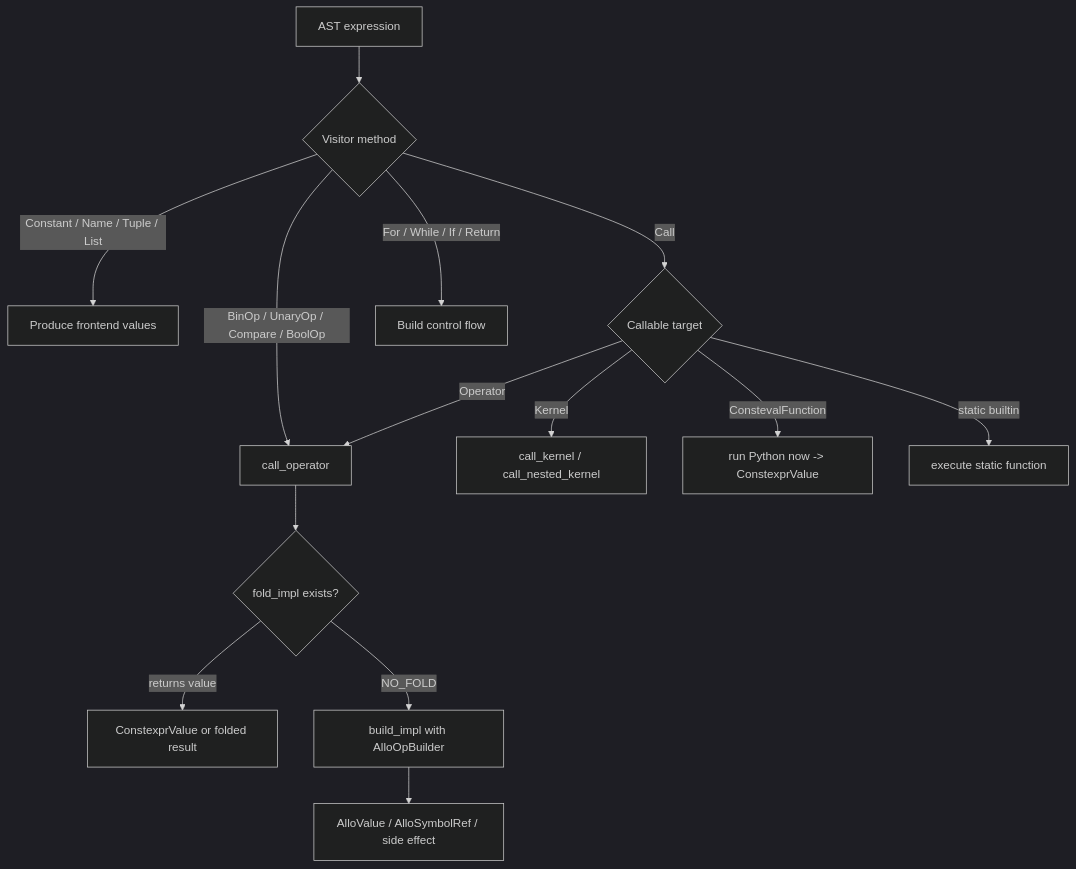
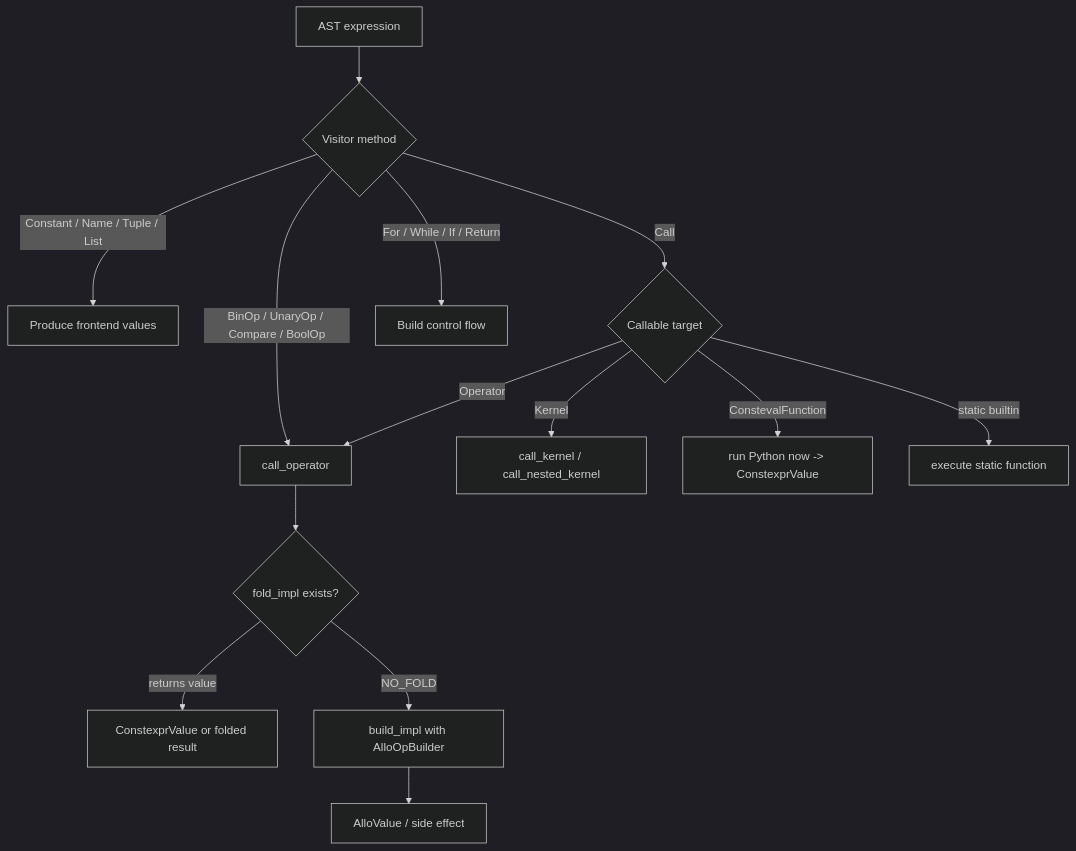
The second of 3 diagrams in docs/compiler_infrastructure.md (kkkaishao/allo), drawn with Mermaid (dark theme) before and after one commit. The commit also changed other lines of this file and 5 other files, not shown here.

````diff
--- a/docs/compiler_infrastructure.md
+++ b/docs/compiler_infrastructure.md
@@ -102,19 +94,19 @@
 ```mermaid
 flowchart TD
     A[AST expression] --> B{Visitor method}
 
     B -->|Constant / Name / Tuple / List| V[Produce frontend values]
     B -->|BinOp / UnaryOp / Compare / BoolOp| O[call_operator]
     B -->|Call| C{Callable target}
     B -->|For / While / If / Return| CFG[Build control flow]
 
     C -->|Kernel| K[call_kernel / call_nested_kernel]
     C -->|Operator| O
     C -->|ConstevalFunction| CE[run Python now -> ConstexprValue]
     C -->|static builtin| SB[execute static function]
 
     O --> F{fold_impl exists?}
     F -->|returns value| R[ConstexprValue or folded result]
     F -->|NO_FOLD| Build[build_impl with AlloOpBuilder]
-    Build --> IR[AlloValue / AlloSymbolRef / side effect]
+    Build --> IR[AlloValue / side effect]
 ```
````
